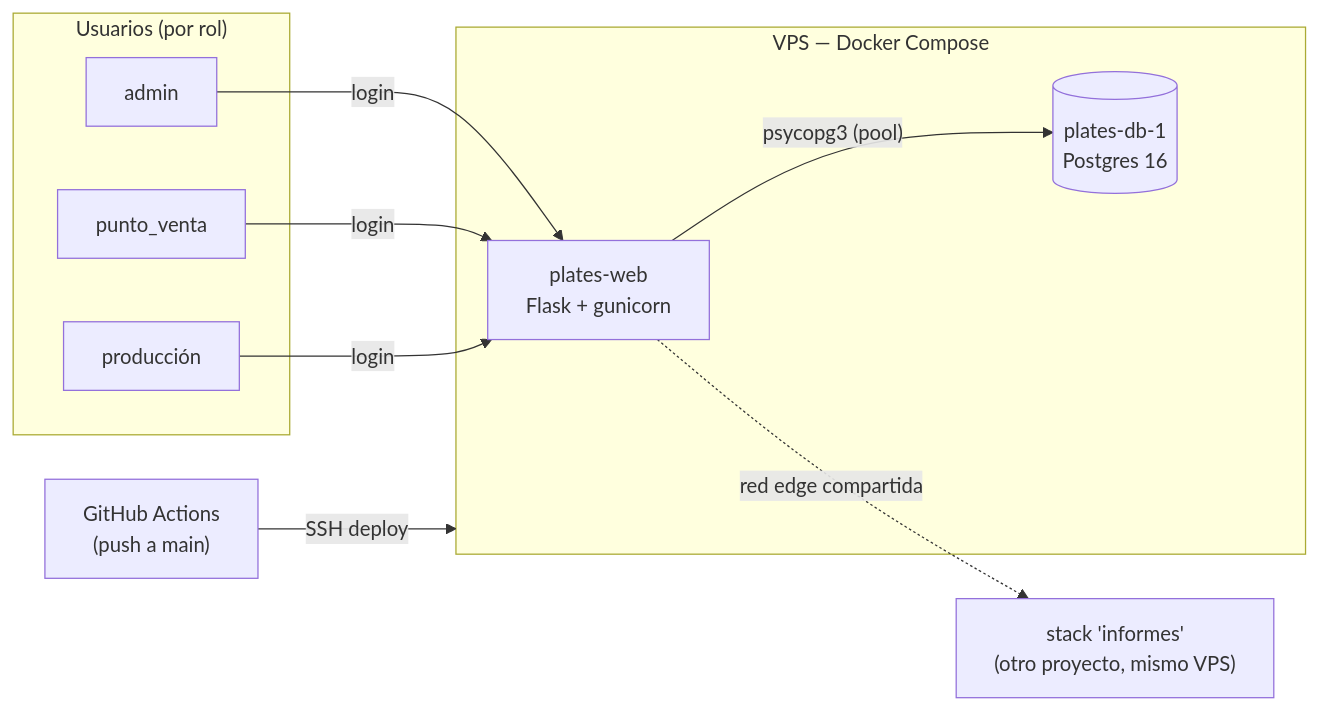
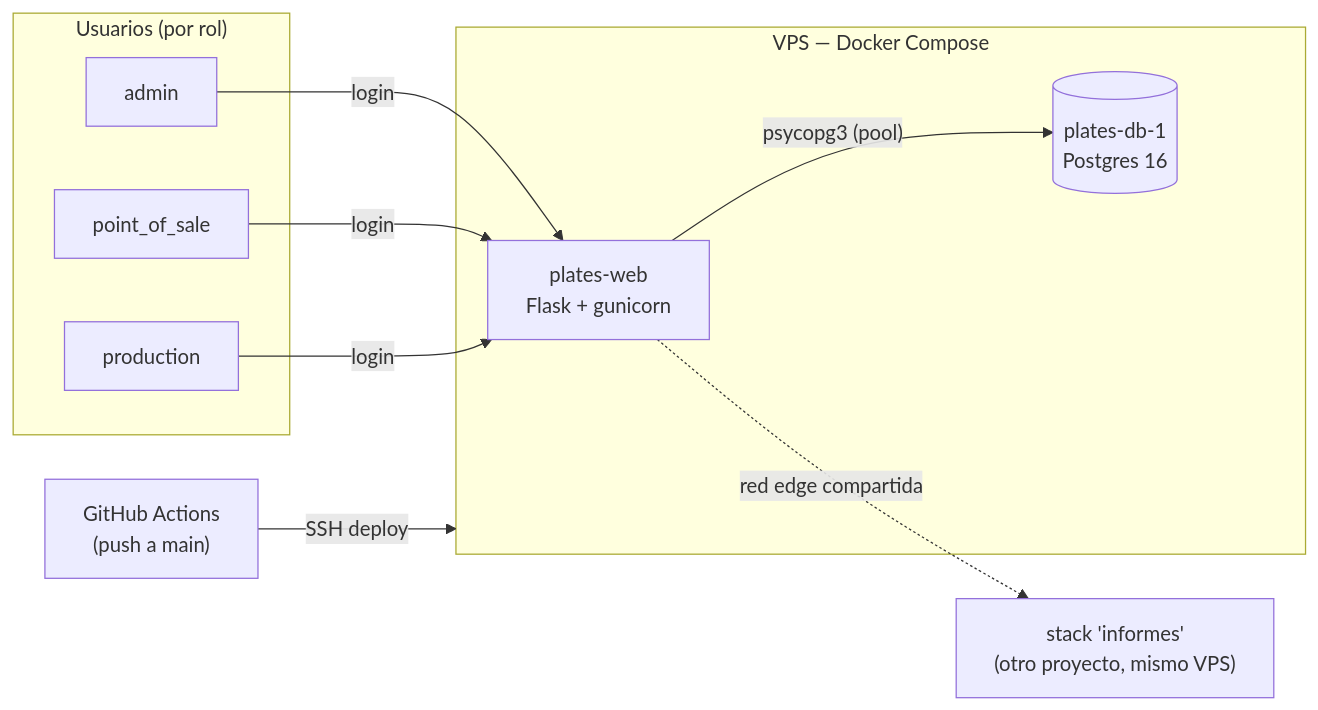
The diagram in docs/README.md (nickkmm/plates), drawn with Mermaid before and after one commit. The commit also changed other lines of this file and 18 other files, not shown here.

First line of the commit message:
Translate users.role values to English (production/point_of_sale)

````diff
--- a/docs/README.md
+++ b/docs/README.md
@@ -29,18 +29,18 @@
 ```mermaid
 flowchart LR
     subgraph Usuarios["Usuarios (por rol)"]
         A[admin]
-        PV[punto_venta]
-        P[producción]
+        PV[point_of_sale]
+        P[production]
     end
     subgraph VPS["VPS — Docker Compose"]
         WEB["plates-web<br/>Flask + gunicorn"]
         DB[("plates-db-1<br/>Postgres 16")]
         WEB -->|"psycopg3 (pool)"| DB
     end
     A -- login --> WEB
     PV -- login --> WEB
     P -- login --> WEB
     GH["GitHub Actions<br/>(push a main)"] -- "SSH deploy" --> VPS
     WEB -.->|"red edge compartida"| INF["stack 'informes'<br/>(otro proyecto, mismo VPS)"]
 ```
````
